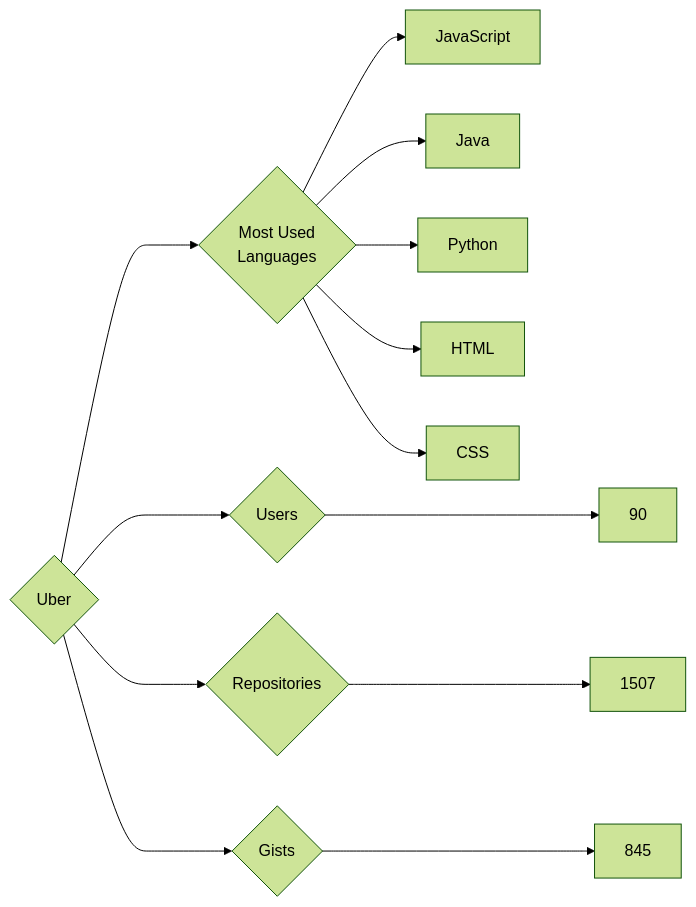
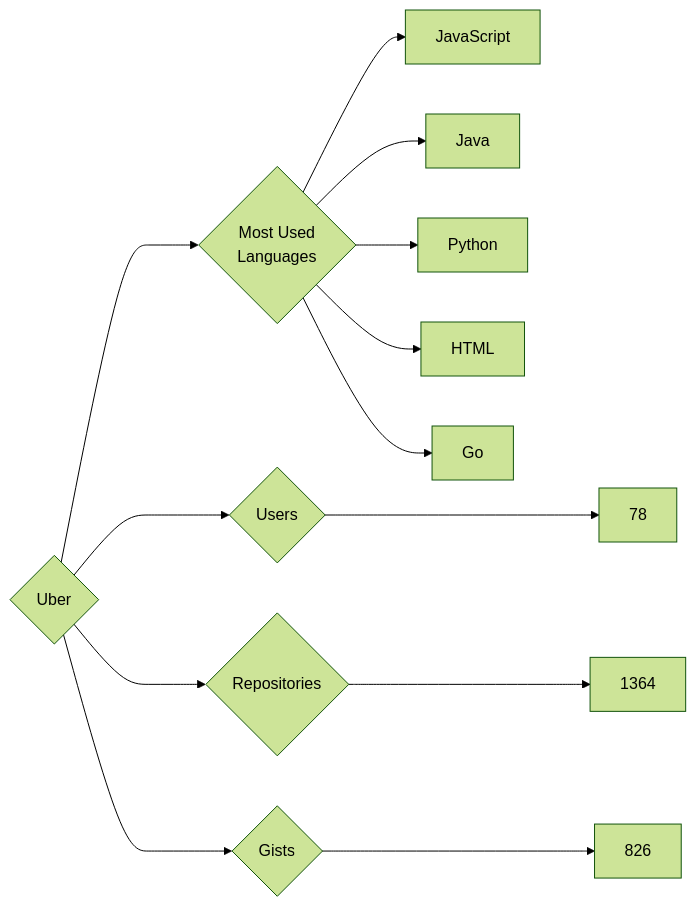
The diagram in targets/Uber/README.md (trickest/insiders), drawn with Mermaid (forest theme) before and after one commit. The commit also changed 940 other files, not shown here.

````diff
--- a/targets/Uber/README.md
+++ b/targets/Uber/README.md
@@ -3,13 +3,13 @@
 ```mermaid
 graph LR
 COMPANY_NAME{Uber}
-COMPANY_NAME ---> U{Users} ---> UN[90]
-COMPANY_NAME ---> R{Repositories} ---> RN[1507]
-COMPANY_NAME ---> G{Gists} ---> GN[845]
+COMPANY_NAME ---> U{Users} ---> UN[78]
+COMPANY_NAME ---> R{Repositories} ---> RN[1364]
+COMPANY_NAME ---> G{Gists} ---> GN[826]
 COMPANY_NAME ---> ML{Most Used<br>Languages}
 ML --> JavaScript[JavaScript]
 ML --> Java[Java]
 ML --> Python[Python]
 ML --> HTML[HTML]
-ML --> CSS[CSS]
+ML --> Go[Go]
 ```
````
